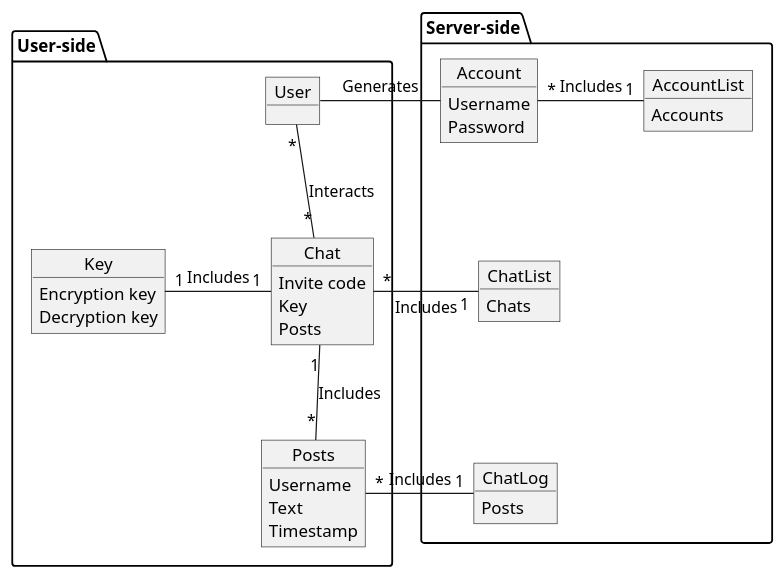
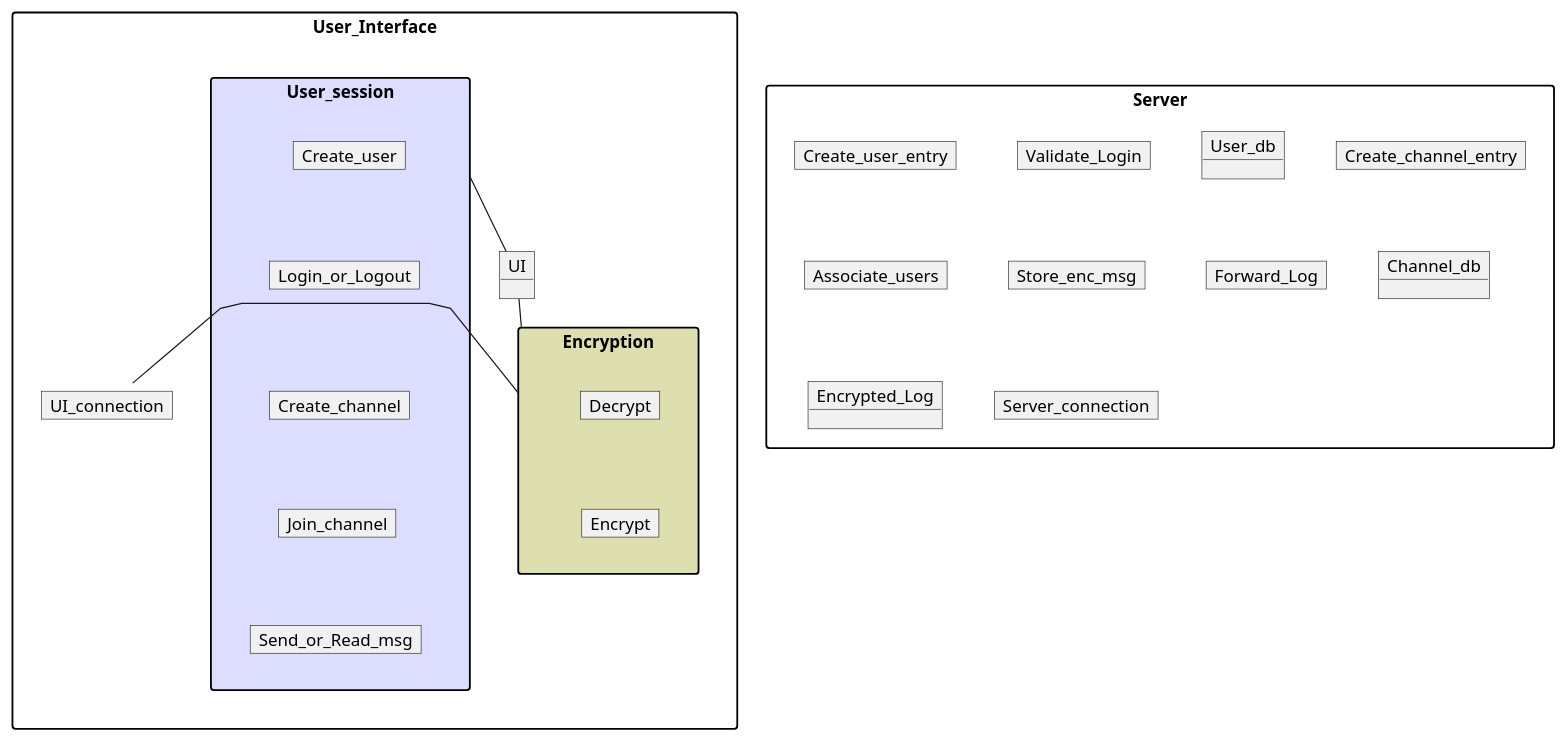
Before and after one commit to VVrongSide/P5-courses: the diagram in OOADI/plantuml/domain_model.puml, drawn with PlantUML. The commit also changed 24 other files, not shown here.

```diff
--- a/OOADI/plantuml/domain_model.puml
+++ b/OOADI/plantuml/domain_model.puml
@@ -1,54 +1,71 @@
 @startuml
-package User-side {
-	object User
+skinparam packageStyle rectangle
+skinparam linetype polyline
+package User_Interface {
 
-	object Chat {
-		Invite code
-		Key
-		Posts
+
+	package User_session #DDDDFF {
+		map Create_user {
+		}
+		map Login_or_Logout{
+		}
+		map Create_channel{
+		}
+		map Join_channel{
+		}
+		map Send_or_Read_msg{
+		}
+	}
+	object UI {
+
+		}
+	package Encryption #DDDFAF{
+		map Encrypt {
+
+		}
+		map Decrypt {
+
+		}
+	}
+	map UI_connection {
+
+	}	
+}
+
+package Server {
+	map Create_user_entry {
+	}
+	map Validate_Login{
+	}
+	object User_db{
+	}
+	map Create_channel_entry	{
+	}
+	map Associate_users{
+	}
+	map Store_enc_msg{
+	}
+	map Forward_Log{
+	}
+	object Channel_db{
+	}
+	object Encrypted_Log{
+	}
+	map Server_connection {
 	}
 
+}
+Create_user -[hidden]down- Login_or_Logout
+Login_or_Logout -[hidden]down- Create_channel
+Create_channel -[hidden]down- Join_channel
+Join_channel -[hidden]down- Send_or_Read_msg
 
-	object Posts {
-		Username
-		Text
-		Timestamp
-	}
+Decrypt -[hidden]down- Encrypt
 
-	object Key {
-		Encryption key
-		Decryption key
-	}	
-}
-package Server-side {
+Create_user -[hidden]left- UI
+User_session -- UI
 
-	object Account {
-		Username
-		Password
-	}
-
-	object ChatLog {
-		Posts
-	}
-
-	object AccountList {
-		Accounts
-	}
-
-	object ChatList {
-		Chats
-	}
-}
-
-User -right- Account: Generates
-Account "*" -right- "1" AccountList: Includes
-User "*" -down- "*" Chat: Interacts
-Chat "*" -right- "1" ChatList: Includes
-Chat "1" -left- "1" Key: Includes
-Chat "1" -down- "*" Posts: Includes
-Posts "*" -right- "1" ChatLog: Includes
-Account -[hidden]right- AccountList
-AccountList -[hidden]down- ChatList
-ChatList -[hidden]down- ChatLog
-Account -[hidden]down- Chat
+UI -- Encryption
+Decrypt -[hidden]left- UI_connection
+Encryption -- UI_connection
 @enduml
```
